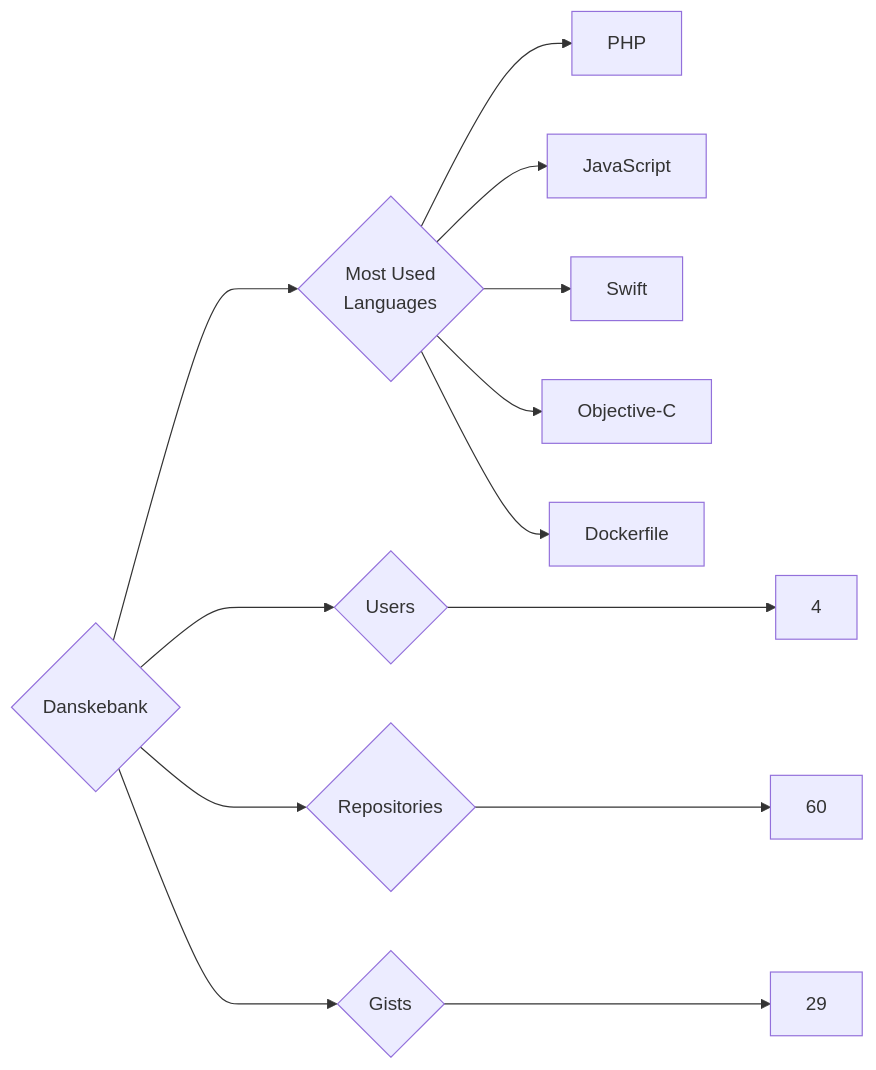
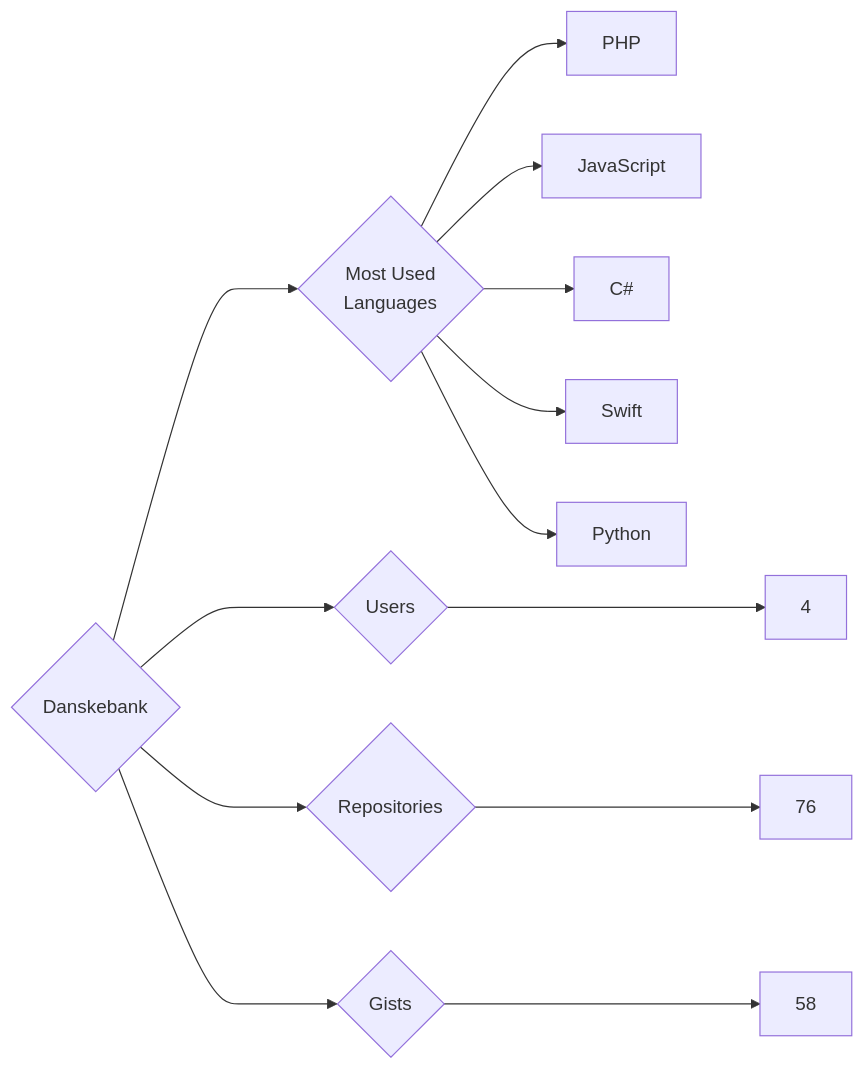
One commit to trickest/insiders changed the diagram in targets/Danskebank/README.md. Above: the diagram before and after it, drawn with Mermaid. The commit also changed 1314 other files, not shown here.

````diff
--- a/targets/Danskebank/README.md
+++ b/targets/Danskebank/README.md
@@ -3,13 +3,13 @@
 ```mermaid
 graph LR
 COMPANY_NAME{Danskebank}
 COMPANY_NAME ---> U{Users} ---> UN[4]
-COMPANY_NAME ---> R{Repositories} ---> RN[60]
-COMPANY_NAME ---> G{Gists} ---> GN[29]
+COMPANY_NAME ---> R{Repositories} ---> RN[76]
+COMPANY_NAME ---> G{Gists} ---> GN[58]
 COMPANY_NAME ---> ML{Most Used<br>Languages}
 ML --> PHP[PHP]
 ML --> JavaScript[JavaScript]
+ML --> C#[C#]
 ML --> Swift[Swift]
-ML --> Objective-C[Objective-C]
-ML --> Dockerfile[Dockerfile]
+ML --> Python[Python]
 ```
````
